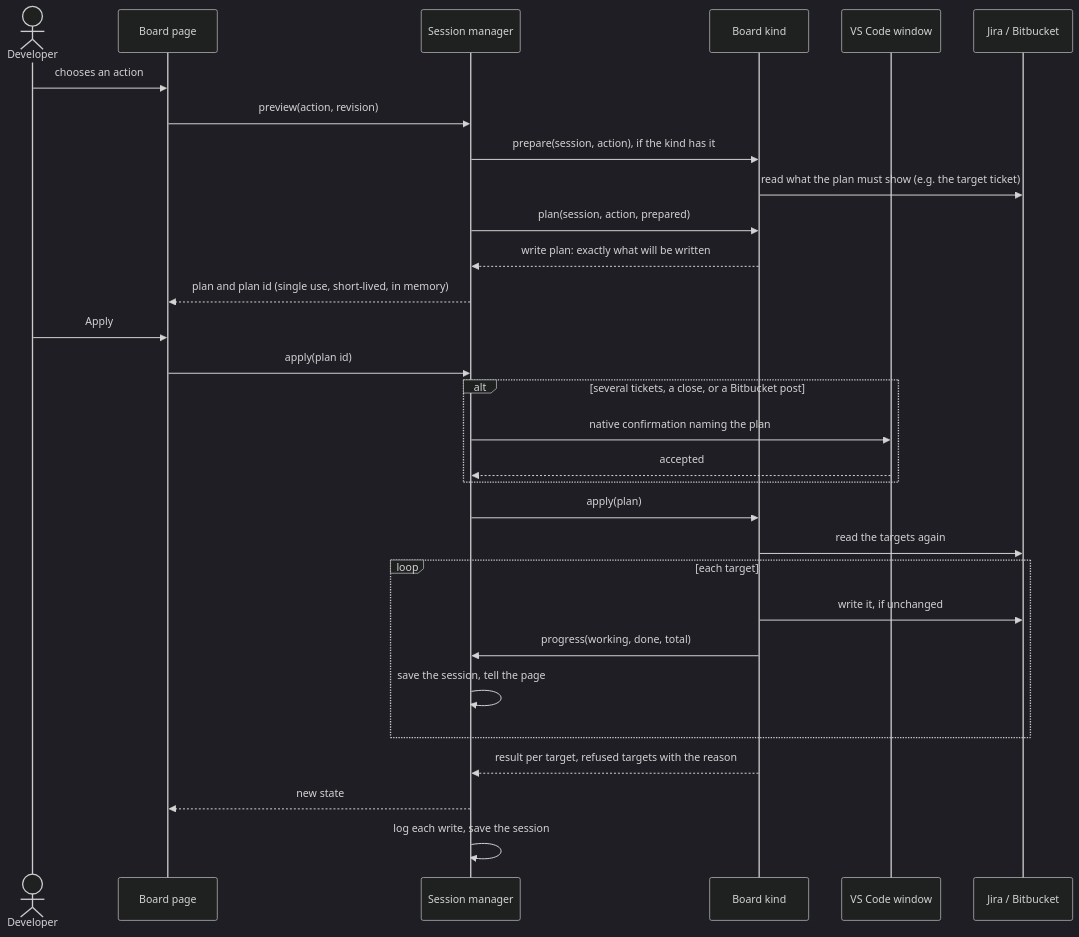
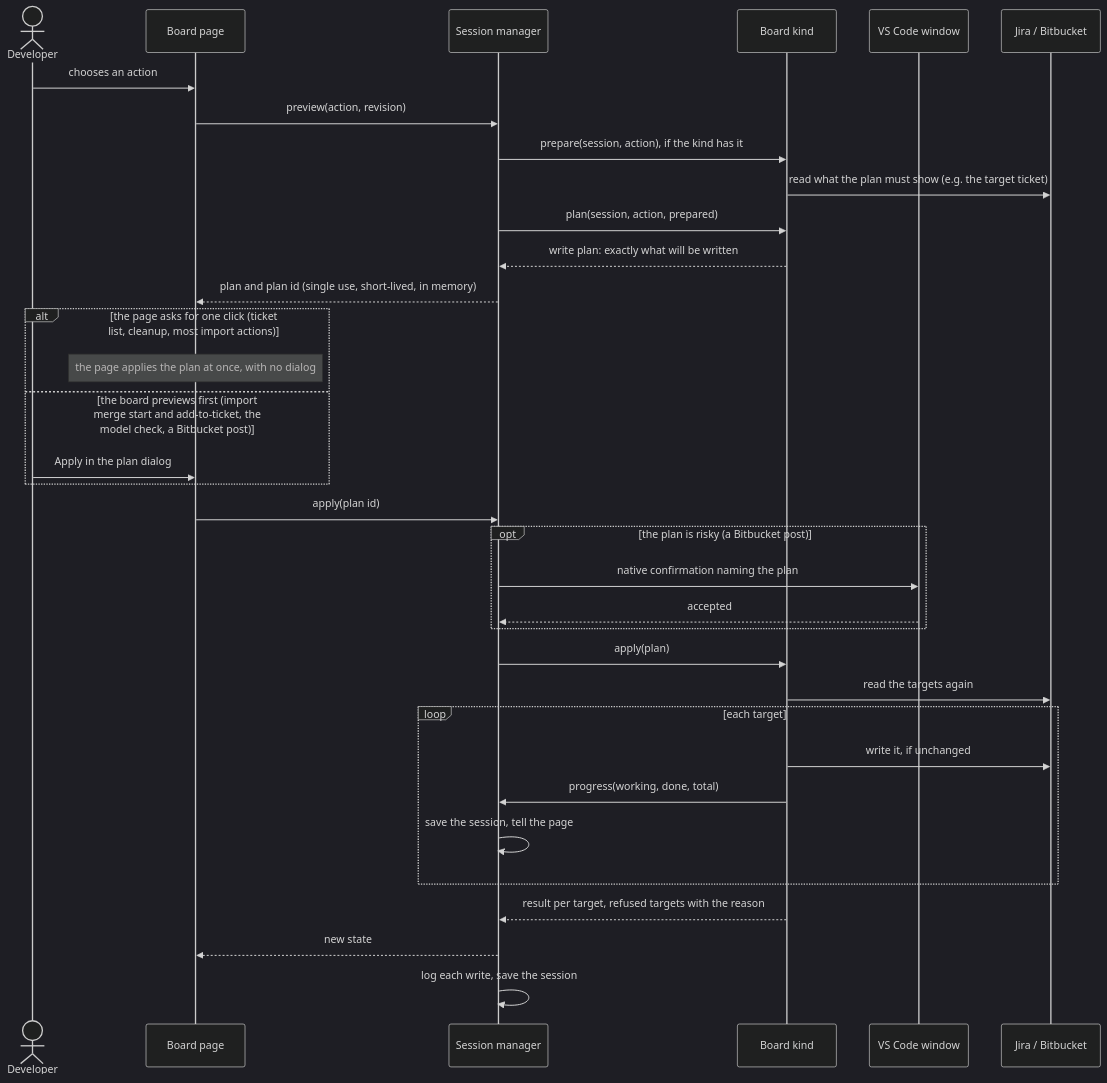
One commit to rbreunung/ticket-sidekick changed the fourth of 4 diagrams in docs/architecture/boards-and-sessions.md. Above: the diagram before and after it, drawn with Mermaid (dark theme). The commit also changed other lines of this file and 11 other files, not shown here.

First line of the commit message:
docs: describe the one-click apply flow and the board changes

````diff
--- a/docs/architecture/boards-and-sessions.md
+++ b/docs/architecture/boards-and-sessions.md
@@ -177,32 +171,36 @@
 ```mermaid
 sequenceDiagram
   actor U as Developer
   participant P as Board page
   participant M as Session manager
   participant K as Board kind
   participant V as VS Code window
   participant J as Jira / Bitbucket
   U->>P: chooses an action
   P->>M: preview(action, revision)
   M->>K: prepare(session, action), if the kind has it
   K->>J: read what the plan must show (e.g. the target ticket)
   M->>K: plan(session, action, prepared)
   K-->>M: write plan: exactly what will be written
   M-->>P: plan and plan id (single use, short-lived, in memory)
-  U->>P: Apply
+  alt the page asks for one click (ticket list, cleanup, most import actions)
+    Note over P: the page applies the plan at once, with no dialog
+  else the board previews first (import merge start and add-to-ticket, the model check, a Bitbucket post)
+    U->>P: Apply in the plan dialog
+  end
   P->>M: apply(plan id)
-  alt several tickets, a close, or a Bitbucket post
+  opt the plan is risky (a Bitbucket post)
     M->>V: native confirmation naming the plan
     V-->>M: accepted
   end
   M->>K: apply(plan)
   K->>J: read the targets again
   loop each target
     K->>J: write it, if unchanged
     K->>M: progress(working, done, total)
     M->>M: save the session, tell the page
   end
   K-->>M: result per target, refused targets with the reason
   M-->>P: new state
   M->>M: log each write, save the session
 ```
````
